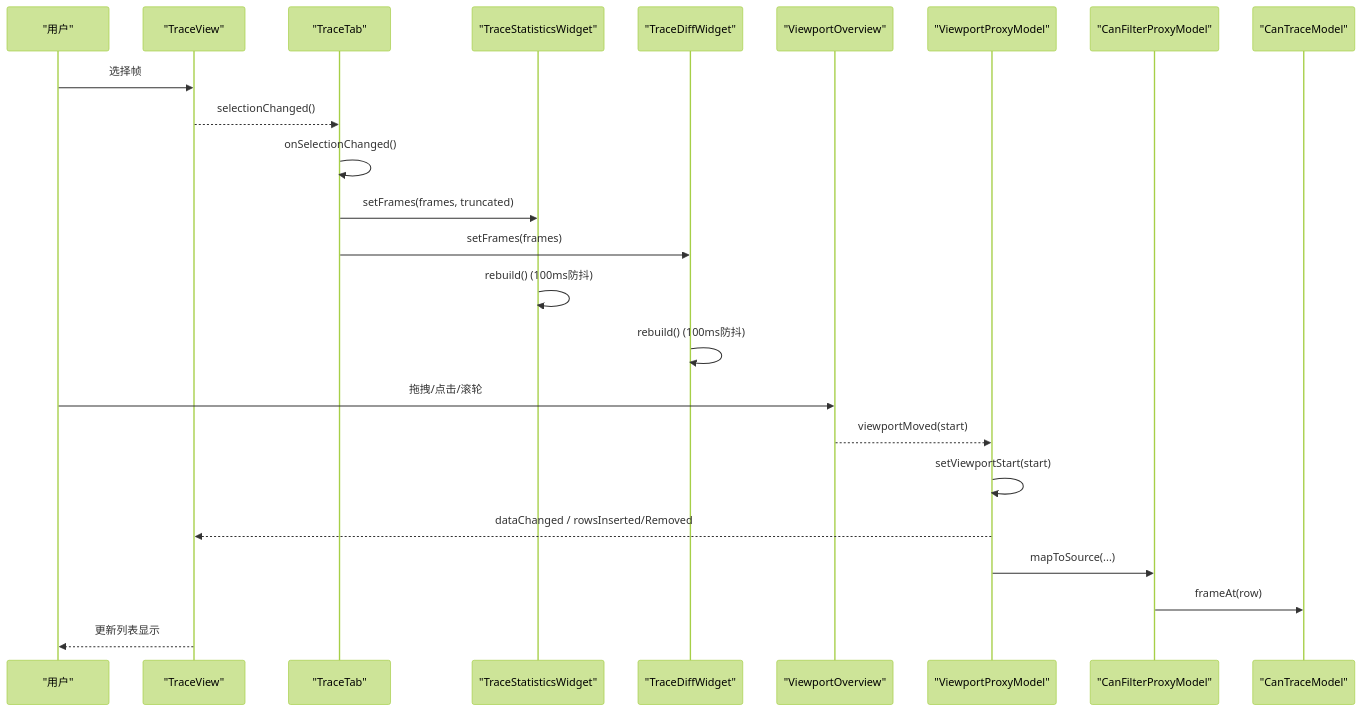
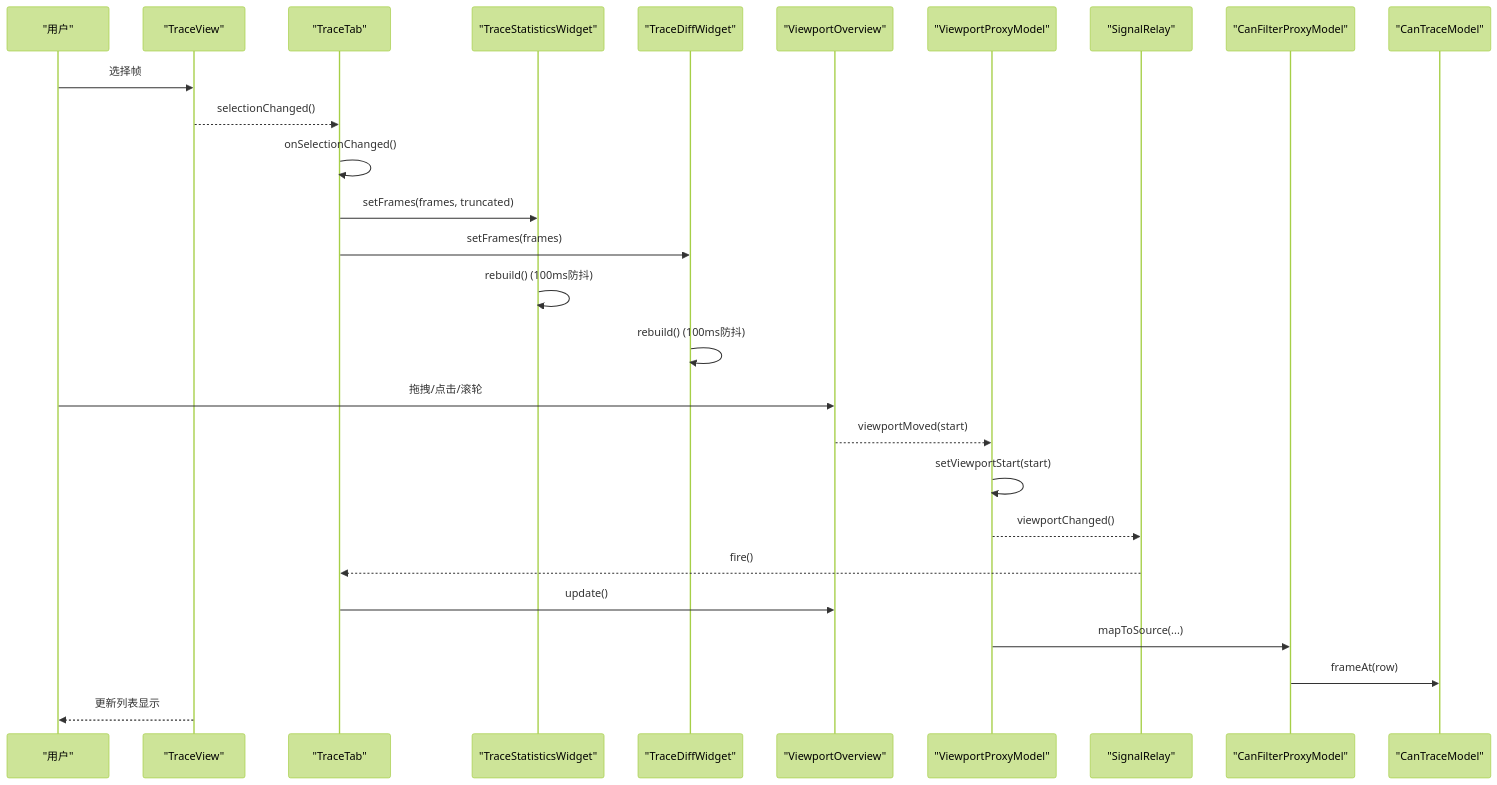
One commit to jakecai1225-design/OpenBus changed the second of 9 diagrams in .qoder/repowiki/zh/content/架构设计/UI系统设计/跟踪视图视口概览.md. Above: the diagram before and after it, drawn with Mermaid (forest theme). The commit also changed other lines of this file and 15 other files, not shown here.

Commit message:
trace graphic优化

````diff
--- a/.qoder/repowiki/zh/content/架构设计/UI系统设计/跟踪视图视口概览.md
+++ b/.qoder/repowiki/zh/content/架构设计/UI系统设计/跟踪视图视口概览.md
@@ -119,26 +133,29 @@
 ```mermaid
 sequenceDiagram
 participant User as "用户"
 participant TV as "TraceView"
 participant TT as "TraceTab"
 participant TSW as "TraceStatisticsWidget"
 participant TDW as "TraceDiffWidget"
 participant VO as "ViewportOverview"
 participant VPM as "ViewportProxyModel"
+participant SR as "SignalRelay"
 participant CFPM as "CanFilterProxyModel"
 participant CTM as "CanTraceModel"
 User->>TV : 选择帧
 TV-->>TT : selectionChanged()
 TT->>TT : onSelectionChanged()
 TT->>TSW : setFrames(frames, truncated)
 TT->>TDW : setFrames(frames)
 TSW->>TSW : rebuild() (100ms防抖)
 TDW->>TDW : rebuild() (100ms防抖)
 User->>VO : 拖拽/点击/滚轮
 VO-->>VPM : viewportMoved(start)
 VPM->>VPM : setViewportStart(start)
-VPM-->>TV : dataChanged / rowsInserted/Removed
+VPM-->>SR : viewportChanged()
+SR-->>TT : fire()
+TT->>VO : update()
 VPM->>CFPM : mapToSource(...)
 CFPM->>CTM : frameAt(row)
 TV-->>User : 更新列表显示
 ```
````
